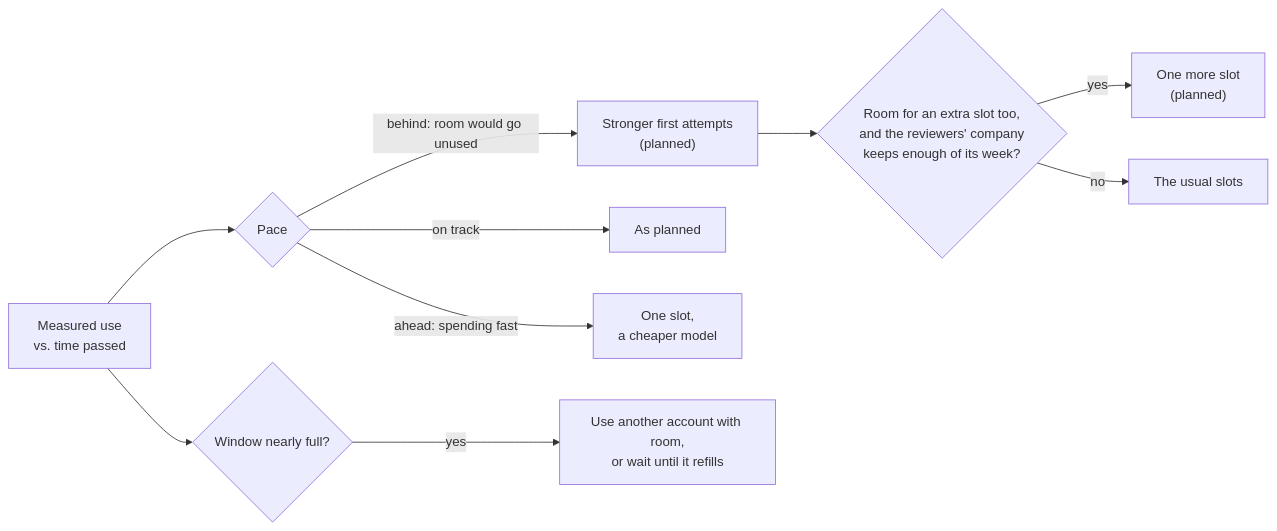
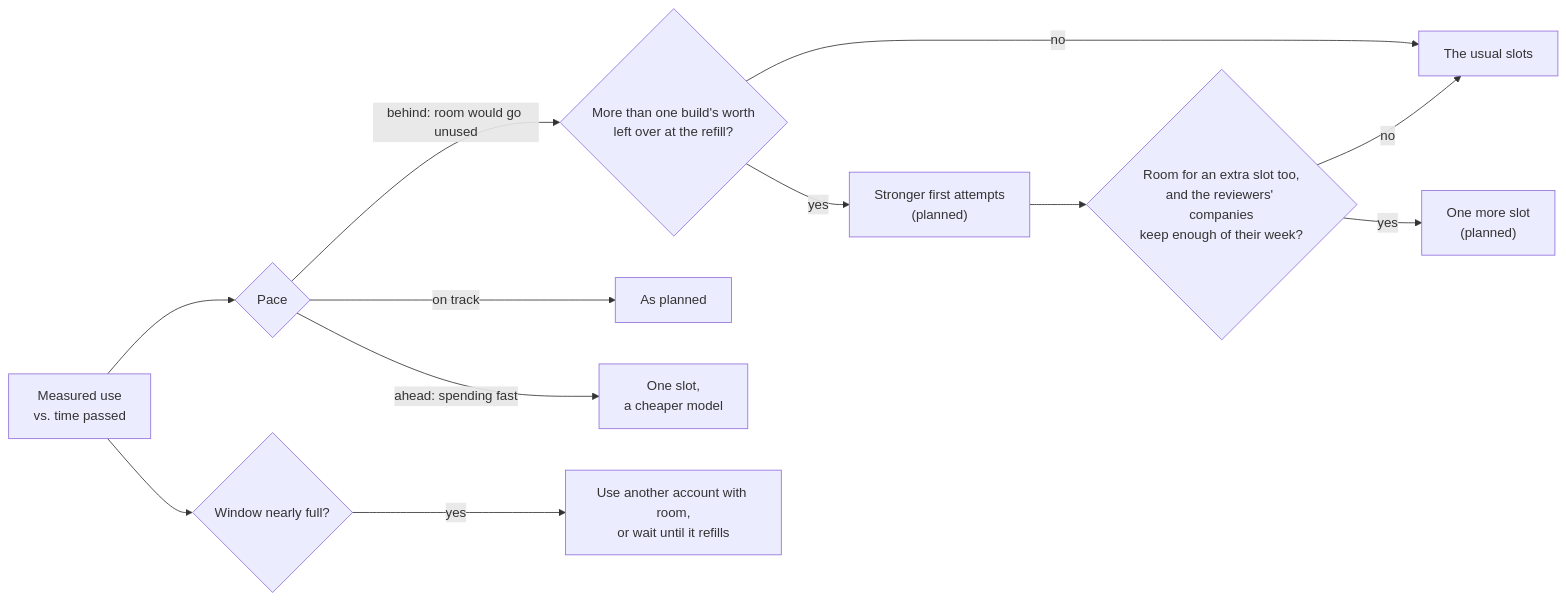
Before and after one commit to shinyredapples/intakt: the third of 4 diagrams in docs/guide/the-engine-room.md, drawn with Mermaid. The commit also changed other lines of this file and 3 other files, not shown here.

Commit message:
docs(design): cover several second vendors, separate the expiring-room arm, gate the diagrams

````diff
--- a/docs/guide/the-engine-room.md
+++ b/docs/guide/the-engine-room.md
@@ -109,12 +109,14 @@
 ```mermaid
 flowchart LR
   read[Measured use<br/>vs. time passed] --> pace{Pace}
-  pace -- "behind: room would go unused" --> strong["Stronger first attempts<br/>(planned)"]
-  strong --> extra{"Room for an extra slot too,<br/>and the reviewers' company<br/>keeps enough of its week?"}
+  pace -- "behind: room would go unused" --> left{"More than one build's worth<br/>left over at the refill?"}
+  left -- no --> same
+  left -- yes --> strong["Stronger first attempts<br/>(planned)"]
+  strong --> extra{"Room for an extra slot too,<br/>and the reviewers' companies<br/>keep enough of their week?"}
   extra -- yes --> up["One more slot<br/>(planned)"]
   extra -- no --> same[The usual slots]
   pace -- "on track" --> keep[As planned]
   pace -- "ahead: spending fast" --> down[One slot,<br/>a cheaper model]
   read --> ceiling{Window nearly full?}
   ceiling -- yes --> wait[Use another account with room,<br/>or wait until it refills]
 ```
````
